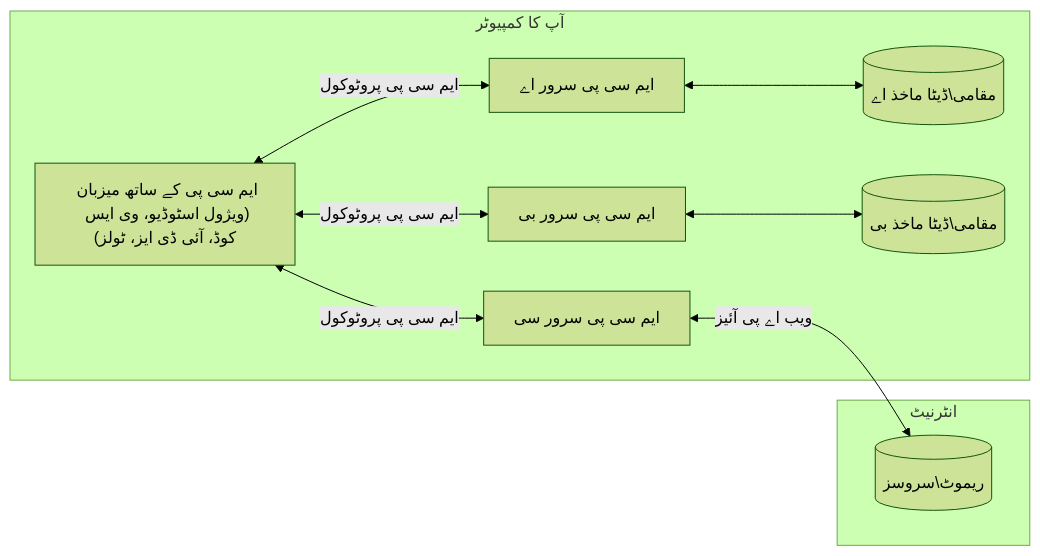
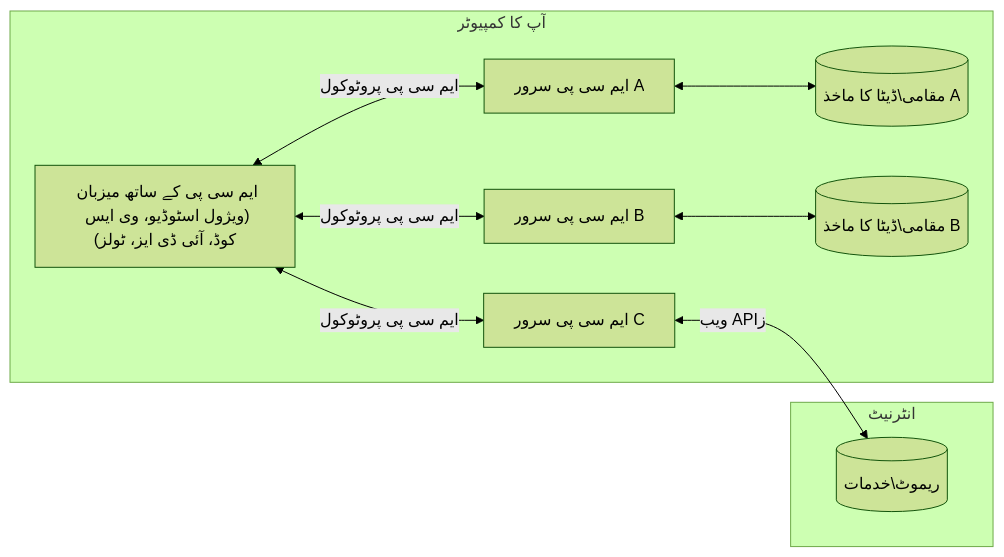
One commit to Mu-L/mcp-for-beginners changed the diagram in translations/ur/01-CoreConcepts/README.md. Above: the diagram before and after it, drawn with Mermaid (forest theme). The commit also changed other lines of this file and 5 other files, not shown here.

````diff
--- a/translations/ur/01-CoreConcepts/README.md
+++ b/translations/ur/01-CoreConcepts/README.md
@@ -45,17 +45,17 @@
 ```mermaid
 flowchart LR
     subgraph "آپ کا کمپیوٹر"
         Host["ایم سی پی کے ساتھ میزبان (ویژول اسٹوڈیو، وی ایس کوڈ، آئی ڈی ایز، ٹولز)"]
-        S1["ایم سی پی سرور اے"]
-        S2["ایم سی پی سرور بی"]
-        S3["ایم سی پی سرور سی"]
+        S1["ایم سی پی سرور A"]
+        S2["ایم سی پی سرور B"]
+        S3["ایم سی پی سرور C"]
         Host <-->|"ایم سی پی پروٹوکول"| S1
         Host <-->|"ایم سی پی پروٹوکول"| S2
         Host <-->|"ایم سی پی پروٹوکول"| S3
-        S1 <--> D1[("مقامی\ڈیٹا ماخذ اے")]
-        S2 <--> D2[("مقامی\ڈیٹا ماخذ بی")]
+        S1 <--> D1[("مقامی\ڈیٹا کا ماخذ A")]
+        S2 <--> D2[("مقامی\ڈیٹا کا ماخذ B")]
     end
     subgraph "انٹرنیٹ"
-        S3 <-->|"ویب اے پی آئیز"| D3[("ریموٹ\سروسز")]
+        S3 <-->|"ویب APIز"| D3[("ریموٹ\خدمات")]
     end
-```
+```  
````
